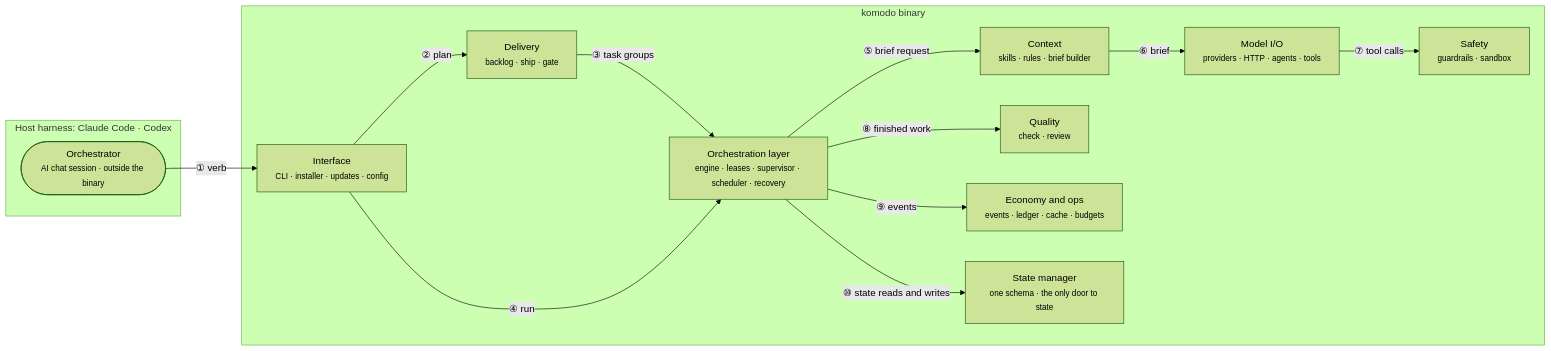
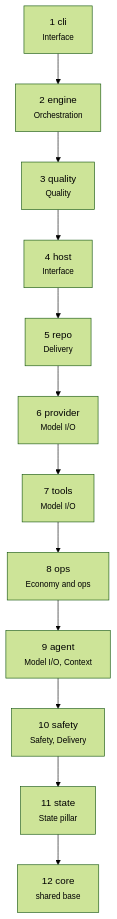
The fifth of 46 diagrams in docs/hld.md (rdevitto86/komodo-agentic-harness-coding), drawn with Mermaid (forest theme) before and after one commit. The commit also changed other lines of this file and 2 other files, not shown here.

First line of the commit message:
docs: HLD rewritten as an architecture-only document with 14 subsystem pages and the former Appendix S folded in

````diff
--- a/docs/hld.md
+++ b/docs/hld.md
@@ -172,27 +427,14 @@
 ```mermaid
-flowchart LR
-  subgraph HH["Host harness: Claude Code · Codex"]
-    O(["Orchestrator<br><small>AI chat session · outside the binary</small>"]):::actor
-  end
-  subgraph KB["komodo binary"]
-    INT["Interface<br><small>CLI · installer · updates · config</small>"]
-    DEL["Delivery<br><small>backlog · ship · gate</small>"]
-    ORC["Orchestration layer<br><small>engine · leases · supervisor · scheduler · recovery</small>"]:::core
-    CTX["Context<br><small>skills · rules · brief builder</small>"]
-    MIO["Model I/O<br><small>providers · HTTP · agents · tools</small>"]
-    SAF["Safety<br><small>guardrails · sandbox</small>"]
-    QUA["Quality<br><small>check · review</small>"]
-    OPS["Economy and ops<br><small>events · ledger · cache · budgets</small>"]
-    ST["State manager<br><small>one schema · the only door to state</small>"]:::core
-  end
-  O -->|"① verb"| INT
-  INT -->|"② plan"| DEL
-  DEL -->|"③ task groups"| ORC
-  INT -->|"④ run"| ORC
-  ORC -->|"⑤ brief request"| CTX
-  CTX -->|"⑥ brief"| MIO
-  MIO -->|"⑦ tool calls"| SAF
-  ORC -->|"⑧ finished work"| QUA
-  ORC -->|"⑨ events"| OPS
-  ORC -->|"⑩ state reads and writes"| ST
+flowchart TB
+  F1["1 cli<br><small>Interface</small>"] --> F2["2 engine<br><small>Orchestration</small>"]
+  F2 --> F3["3 quality<br><small>Quality</small>"]
+  F3 --> F4["4 host<br><small>Interface</small>"]
+  F4 --> F5["5 repo<br><small>Delivery</small>"]
+  F5 --> F6["6 provider<br><small>Model I/O</small>"]
+  F6 --> F7["7 tools<br><small>Model I/O</small>"]
+  F7 --> F8["8 ops<br><small>Economy and ops</small>"]
+  F8 --> F9["9 agent<br><small>Model I/O, Context</small>"]
+  F9 --> F10["10 safety<br><small>Safety, Delivery</small>"]
+  F10 --> F11["11 state<br><small>State pillar</small>"]:::core
+  F11 --> F12["12 core<br><small>shared base</small>"]
 ```
````
